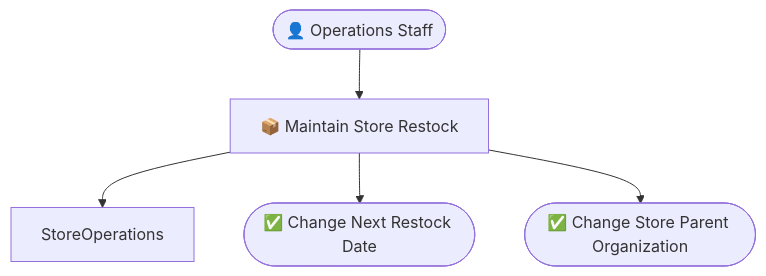
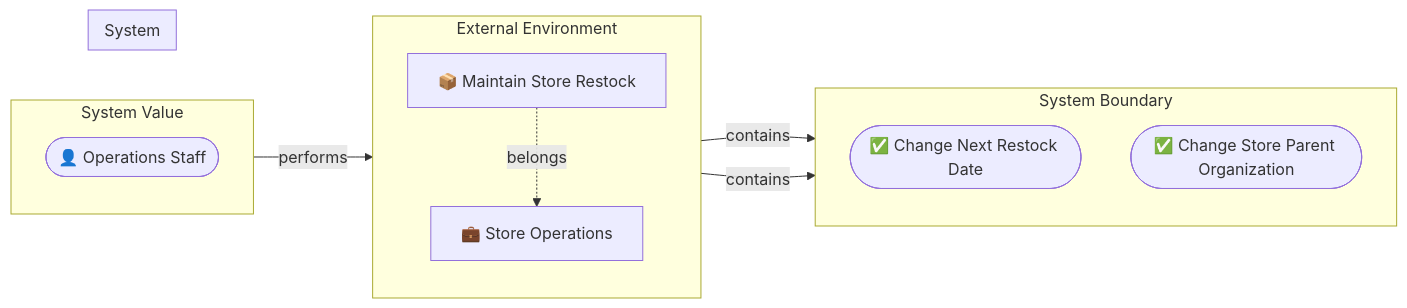
The diagram in samples/incremental-order/step-1-buc-skeleton/design.md (manji-0/rdra-ish-dsl), drawn with Mermaid before and after one commit. The commit also changed other lines of this file and 122 other files, not shown here.

Commit message:
feat: align diagram layers

````diff
--- a/samples/incremental-order/step-1-buc-skeleton/design.md
+++ b/samples/incremental-order/step-1-buc-skeleton/design.md
@@ -47,11 +47,24 @@
 ```mermaid
-graph TD
-  OpsStaff(["👤 Operations Staff"])
-  ChangeNextRestockDate(["✅ Change Next Restock Date"])
-  ChangeStoreParentOrganization(["✅ Change Store Parent Organization"])
-  BucStoreRestock["📦 Maintain Store Restock"]
-  OpsStaff --> BucStoreRestock
-  BucStoreRestock --> StoreOperations
-  BucStoreRestock --> ChangeNextRestockDate
-  BucStoreRestock --> ChangeStoreParentOrganization
+flowchart LR
+  subgraph layer_value[System Value]
+    direction TB
+    OpsStaff(["👤 Operations Staff"])
+  end
+  subgraph layer_environment[External Environment]
+    direction TB
+    StoreOperations["💼 Store Operations"]
+    BucStoreRestock["📦 Maintain Store Restock"]
+  end
+  subgraph layer_boundary[System Boundary]
+    direction TB
+    ChangeNextRestockDate(["✅ Change Next Restock Date"])
+    ChangeStoreParentOrganization(["✅ Change Store Parent Organization"])
+  end
+  subgraph layer_system[System]
+    direction TB
+  end
+  OpsStaff -->|performs| BucStoreRestock
+  BucStoreRestock -.->|belongs| StoreOperations
+  BucStoreRestock -->|contains| ChangeNextRestockDate
+  BucStoreRestock -->|contains| ChangeStoreParentOrganization
 ```
````
